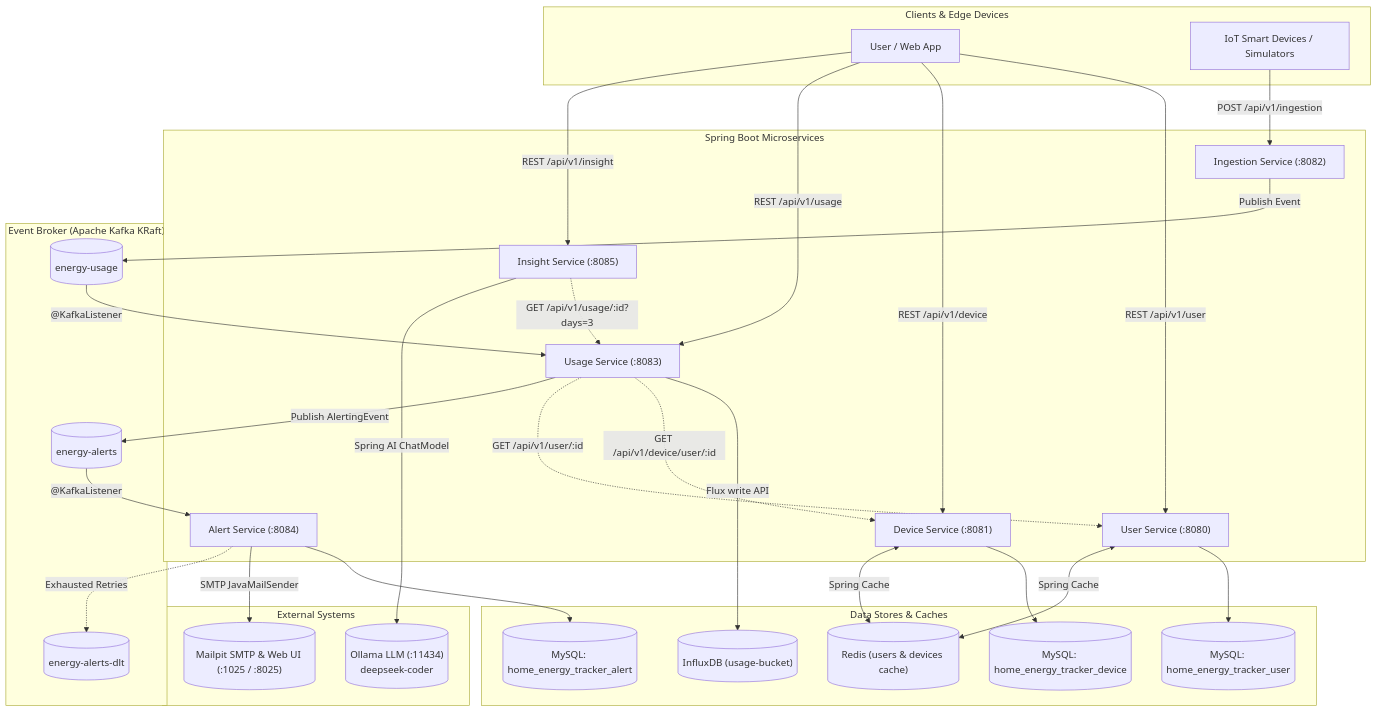
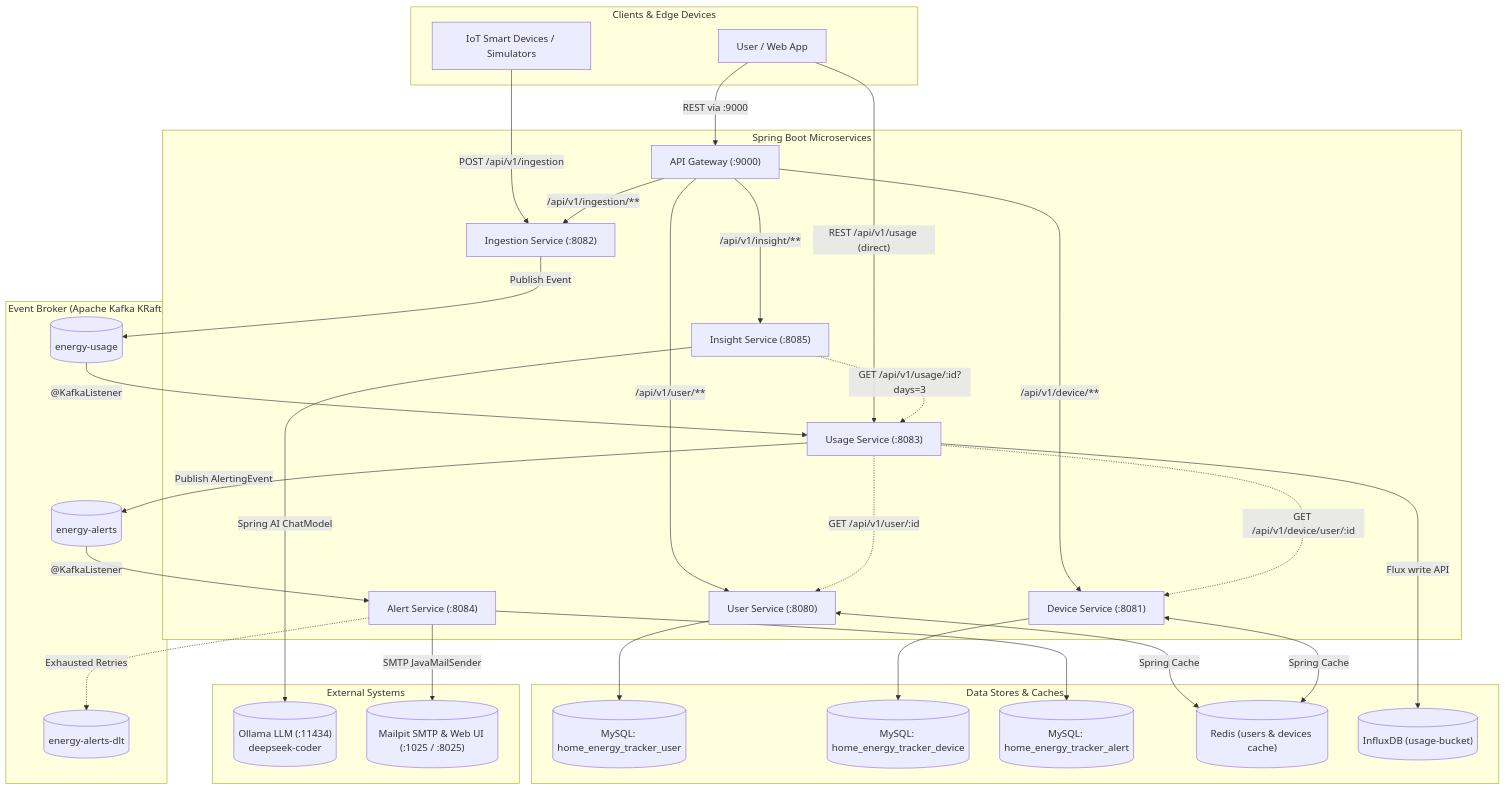
The first of 5 diagrams in README.md (PagarciaSima/ENERGY_TRACKER_MICROSERVICES), drawn with Mermaid before and after one commit. The commit also changed other lines of this file and 67 other files, not shown here.

````diff
--- a/README.md
+++ b/README.md
@@ -40,66 +40,69 @@
 ```mermaid
 flowchart TB
     subgraph Clients["Clients & Edge Devices"]
         UserClient["User / Web App"]
         IoTDevice["IoT Smart Devices / Simulators"]
     end
 
     subgraph CoreServices["Spring Boot Microservices"]
         UserSvc["User Service (:8080)"]
         DeviceSvc["Device Service (:8081)"]
         IngestionSvc["Ingestion Service (:8082)"]
         UsageSvc["Usage Service (:8083)"]
         AlertSvc["Alert Service (:8084)"]
         InsightSvc["Insight Service (:8085)"]
+        ApiGW["API Gateway (:9000)"]
     end
 
     subgraph KafkaCluster["Event Broker (Apache Kafka KRaft)"]
         TopicUsage[("energy-usage")]
         TopicAlerts[("energy-alerts")]
         TopicDLT[("energy-alerts-dlt")]
     end
 
     subgraph StorageInfra["Data Stores & Caches"]
         MySQLUser[("MySQL: home_energy_tracker_user")]
         MySQLDev[("MySQL: home_energy_tracker_device")]
         MySQLAlert[("MySQL: home_energy_tracker_alert")]
         RedisCache[("Redis (users & devices cache)")]
         InfluxTSDB[("InfluxDB (usage-bucket)")]
     end
 
     subgraph ExternalCollaborators["External Systems"]
         OllamaLLM[("Ollama LLM (:11434)\ndeepseek-coder")]
         MailpitSMTP[("Mailpit SMTP & Web UI (:1025 / :8025)")]
     end
 
     %% Client Interactions
-    UserClient -->|REST /api/v1/user| UserSvc
-    UserClient -->|REST /api/v1/device| DeviceSvc
-    UserClient -->|REST /api/v1/usage| UsageSvc
-    UserClient -->|REST /api/v1/insight| InsightSvc
+    UserClient -->|"REST via :9000"| ApiGW
+    UserClient -->|"REST /api/v1/usage (direct)"| UsageSvc
     IoTDevice -->|POST /api/v1/ingestion| IngestionSvc
+    ApiGW -->|"/api/v1/user/**"| UserSvc
+    ApiGW -->|"/api/v1/device/**"| DeviceSvc
+    ApiGW -->|"/api/v1/ingestion/**"| IngestionSvc
+    ApiGW -->|"/api/v1/insight/**"| InsightSvc
 
     %% Service to Storage
     UserSvc --> MySQLUser
     UserSvc <-->|Spring Cache| RedisCache
     DeviceSvc --> MySQLDev
     DeviceSvc <-->|Spring Cache| RedisCache
     AlertSvc --> MySQLAlert
 
     %% Ingestion Pipeline
     IngestionSvc -->|Publish Event| TopicUsage
     TopicUsage -->|"@KafkaListener"| UsageSvc
     UsageSvc -->|Flux write API| InfluxTSDB
 
     %% Alerting Pipeline
     UsageSvc -.->|GET /api/v1/device/user/:id| DeviceSvc
     UsageSvc -.->|GET /api/v1/user/:id| UserSvc
     UsageSvc -->|Publish AlertingEvent| TopicAlerts
     TopicAlerts -->|"@KafkaListener"| AlertSvc
     AlertSvc -->|SMTP JavaMailSender| MailpitSMTP
     AlertSvc -.->|Exhausted Retries| TopicDLT
 
     %% AI Pipeline
     InsightSvc -.->|GET /api/v1/usage/:id?days=3| UsageSvc
     InsightSvc -->|Spring AI ChatModel| OllamaLLM
 ```
````
